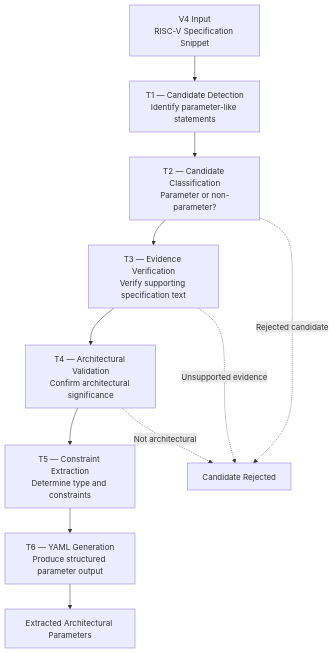
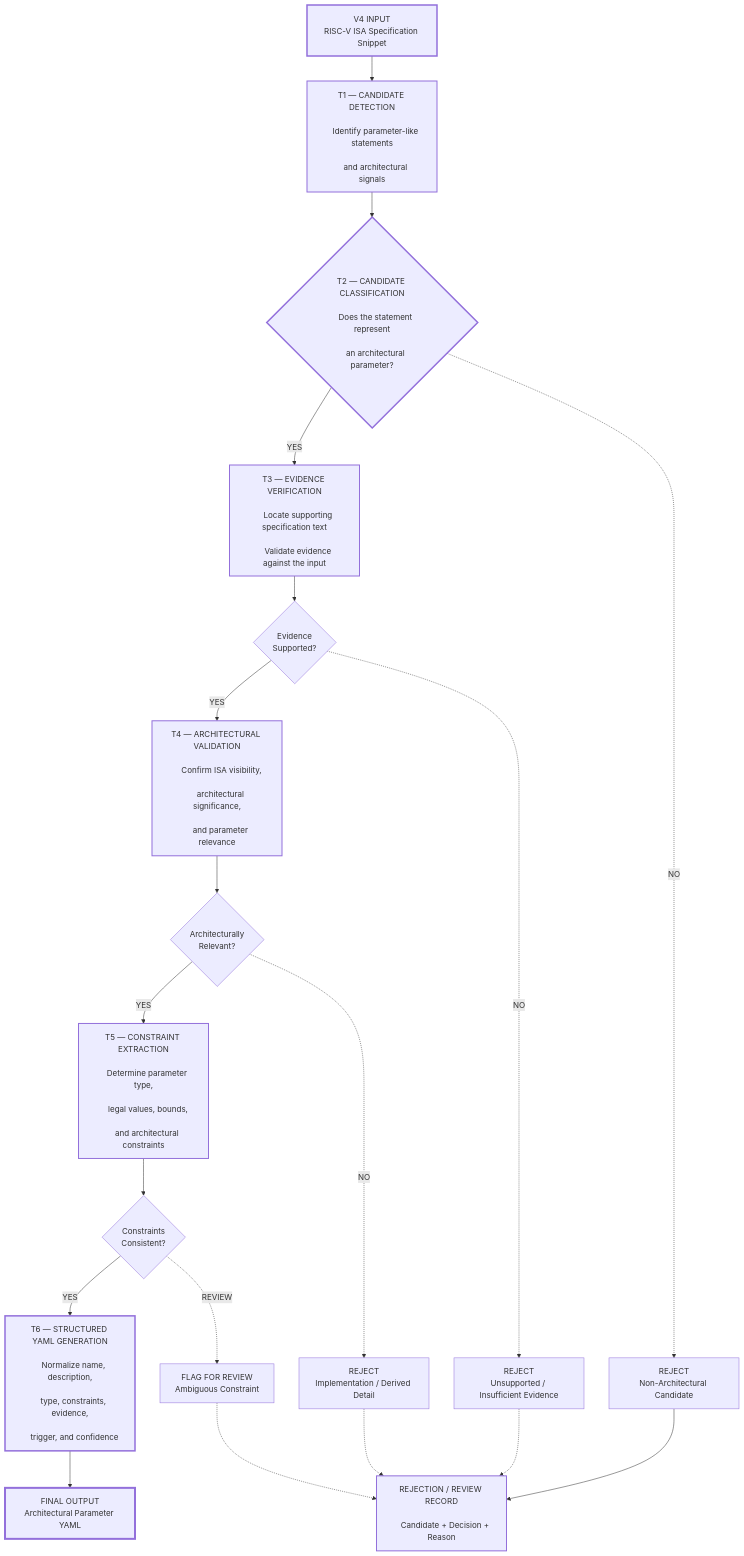
Before and after one commit to Waleed99i/RISCV-Architectural-Parameters-Extraction: the second of 2 diagrams in README.md, drawn with Mermaid.

Commit message:
modifed v4 mermaid

````diff
--- a/README.md
+++ b/README.md
@@ -96,17 +95,72 @@
 ```mermaid
 flowchart TD
-    A["V4 Input<br/>RISC-V Specification Snippet"]
 
-    A --> T1["T1 — Candidate Detection<br/>Identify parameter-like statements"]
-    T1 --> T2["T2 — Candidate Classification<br/>Parameter or non-parameter?"]
-    T2 --> T3["T3 — Evidence Verification<br/>Verify supporting specification text"]
-    T3 --> T4["T4 — Architectural Validation<br/>Confirm architectural significance"]
-    T4 --> T5["T5 — Constraint Extraction<br/>Determine type and constraints"]
-    T5 --> T6["T6 — YAML Generation<br/>Produce structured parameter output"]
+    A["V4 INPUT<br/>RISC-V ISA Specification Snippet"]
+    
+    A --> T1
 
-    T6 --> O["Extracted Architectural Parameters"]
+    T1["T1 — CANDIDATE DETECTION<br/>
+    Identify parameter-like statements<br/>
+    and architectural signals"]
 
-    T2 -. "Rejected candidate" .-> R["Candidate Rejected"]
-    T3 -. "Unsupported evidence" .-> R
-    T4 -. "Not architectural" .-> R
+    T1 --> T2
+
+    T2{"T2 — CANDIDATE CLASSIFICATION<br/>
+    Does the statement represent<br/>
+    an architectural parameter?"}
+
+    T2 -->|YES| T3
+    T2 -.->|NO| R1["REJECT<br/>Non-Architectural Candidate"]
+
+    T3["T3 — EVIDENCE VERIFICATION<br/>
+    Locate supporting specification text<br/>
+    Validate evidence against the input"]
+
+    T3 --> D3{"Evidence<br/>Supported?"}
+
+    D3 -->|YES| T4
+    D3 -.->|NO| R2["REJECT<br/>Unsupported / Insufficient Evidence"]
+
+    T4["T4 — ARCHITECTURAL VALIDATION<br/>
+    Confirm ISA visibility,<br/>
+    architectural significance,<br/>
+    and parameter relevance"]
+
+    T4 --> D4{"Architecturally<br/>Relevant?"}
+
+    D4 -->|YES| T5
+    D4 -.->|NO| R3["REJECT<br/>Implementation / Derived Detail"]
+
+    T5["T5 — CONSTRAINT EXTRACTION<br/>
+    Determine parameter type,<br/>
+    legal values, bounds,<br/>
+    and architectural constraints"]
+
+    T5 --> D5{"Constraints<br/>Consistent?"}
+
+    D5 -->|YES| T6
+    D5 -.->|REVIEW| R4["FLAG FOR REVIEW<br/>Ambiguous Constraint"]
+
+    T6["T6 — STRUCTURED YAML GENERATION<br/>
+    Normalize name, description,<br/>
+    type, constraints, evidence,<br/>
+    trigger, and confidence"]
+
+    T6 --> O["FINAL OUTPUT<br/>Architectural Parameter YAML"]
+
+    R1 --> X["REJECTION / REVIEW RECORD<br/>
+    Candidate + Decision + Reason"]
+    R2 -.-> X
+    R3 -.-> X
+    R4 -.-> X
+
+    style A stroke-width:3px
+    style T1 stroke-width:2px
+    style T2 stroke-width:3px
+    style T3 stroke-width:2px
+    style T4 stroke-width:2px
+    style T5 stroke-width:2px
+    style T6 stroke-width:3px
+    style O stroke-width:4px
+    style X stroke-width:2px
 ```
````
